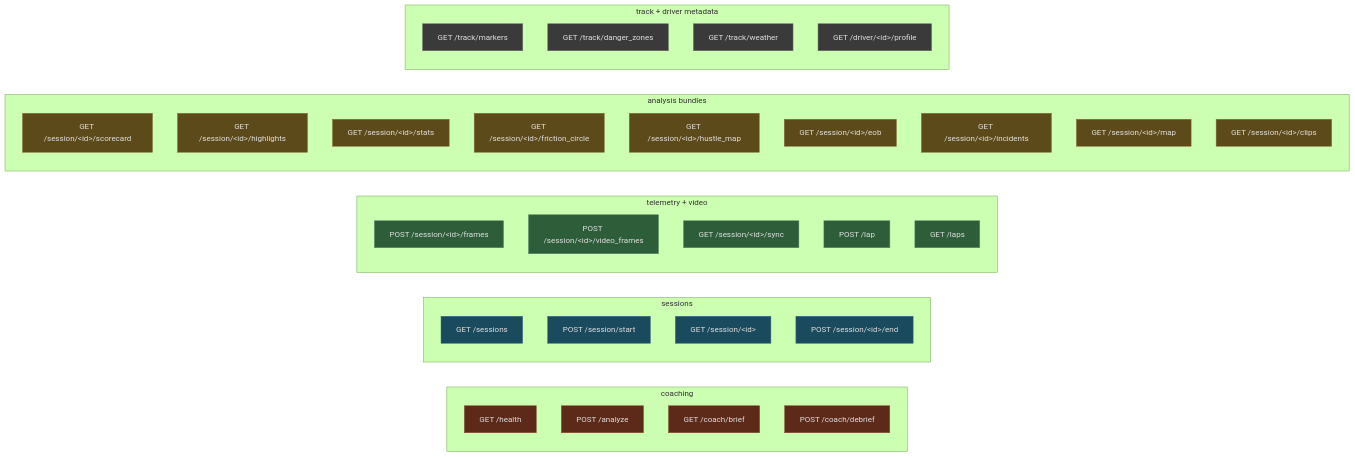
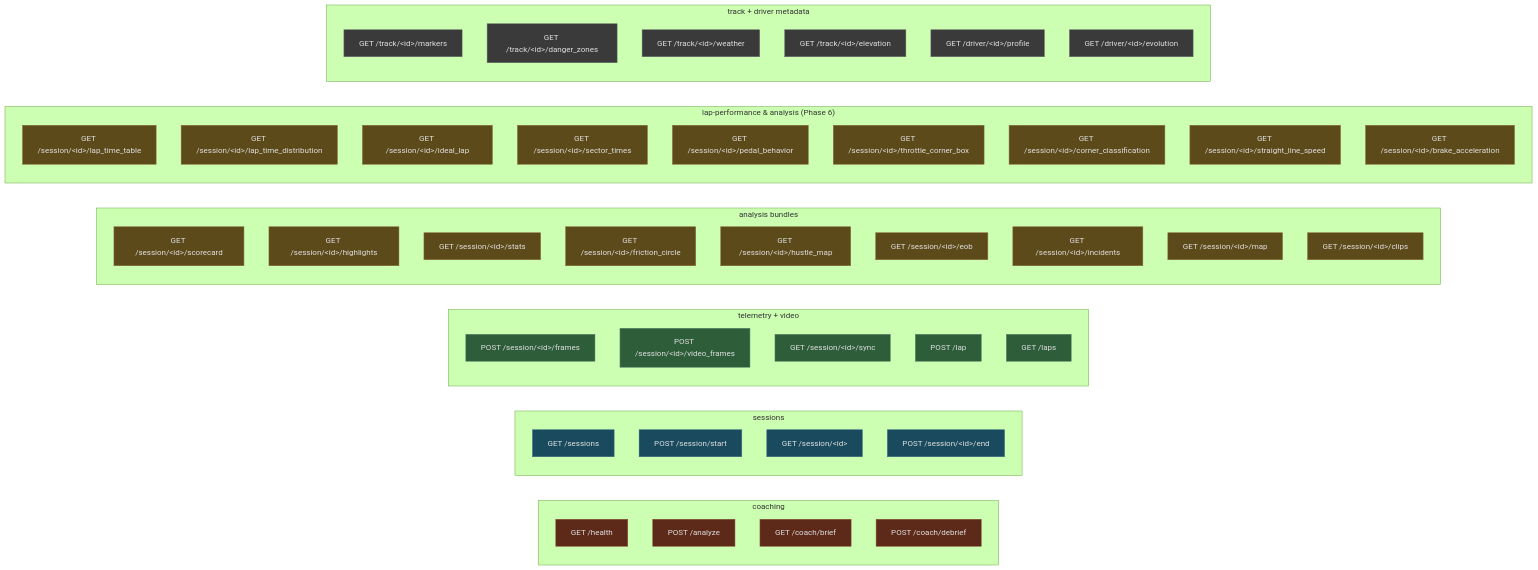
The seventh of 14 diagrams in docs/internal_architecture.md (mlnomadpy/pitwall), drawn with Mermaid (forest theme) before and after one commit. The commit also changed other lines of this file and 4 other files, not shown here.

Commit message:
new docs and updated architecture with a sink

````diff
--- a/docs/internal_architecture.md
+++ b/docs/internal_architecture.md
@@ -407,60 +407,76 @@
 ```mermaid
 flowchart LR
   classDef coach fill:#5d2a1a,stroke:#8a4e3a,color:#e0e0e0
   classDef sess fill:#1a4a5d,stroke:#3a6e8a,color:#e0e0e0
   classDef telem fill:#2e5d3a,stroke:#5a8a6e,color:#e0e0e0
   classDef analyze fill:#5d4a1a,stroke:#8a6e3a,color:#e0e0e0
   classDef meta fill:#3a3a3a,stroke:#6e6e6e,color:#e0e0e0
 
   subgraph C["coaching"]
     direction TB
     H[GET /health]
     A[POST /analyze]
     BR[GET /coach/brief]
     DB[POST /coach/debrief]
   end
 
   subgraph S["sessions"]
     direction TB
     SLIST[GET /sessions]
     SSTART[POST /session/start]
     SDETAIL[GET /session/&lt;id&gt;]
     SEND[POST /session/&lt;id&gt;/end]
   end
 
   subgraph T["telemetry + video"]
     direction TB
     FRAMES[POST /session/&lt;id&gt;/frames]
     VFRAMES[POST /session/&lt;id&gt;/video_frames]
     SYNC[GET /session/&lt;id&gt;/sync]
     LAP[POST /lap]
     LAPS[GET /laps]
   end
 
   subgraph V["analysis bundles"]
     direction TB
     SC[GET /session/&lt;id&gt;/scorecard]
     HL[GET /session/&lt;id&gt;/highlights]
     ST[GET /session/&lt;id&gt;/stats]
     FC[GET /session/&lt;id&gt;/friction_circle]
     HM[GET /session/&lt;id&gt;/hustle_map]
     EOB[GET /session/&lt;id&gt;/eob]
     INC[GET /session/&lt;id&gt;/incidents]
     MAP[GET /session/&lt;id&gt;/map]
     CL[GET /session/&lt;id&gt;/clips]
   end
 
+  subgraph LP["lap-performance &amp; analysis (Phase 6)"]
+    direction TB
+    LT1[GET /session/&lt;id&gt;/lap_time_table]
+    LT2[GET /session/&lt;id&gt;/lap_time_distribution]
+    IL[GET /session/&lt;id&gt;/ideal_lap]
+    ST2[GET /session/&lt;id&gt;/sector_times]
+    PB[GET /session/&lt;id&gt;/pedal_behavior]
+    TCB[GET /session/&lt;id&gt;/throttle_corner_box]
+    CC[GET /session/&lt;id&gt;/corner_classification]
+    SLS[GET /session/&lt;id&gt;/straight_line_speed]
+    BA[GET /session/&lt;id&gt;/brake_acceleration]
+  end
+
   subgraph M["track + driver metadata"]
     direction TB
-    TM[GET /track/markers]
-    TD[GET /track/danger_zones]
-    TW[GET /track/weather]
+    TM[GET /track/&lt;id&gt;/markers]
+    TD[GET /track/&lt;id&gt;/danger_zones]
+    TW[GET /track/&lt;id&gt;/weather]
+    TE[GET /track/&lt;id&gt;/elevation]
     DP[GET /driver/&lt;id&gt;/profile]
+    DE[GET /driver/&lt;id&gt;/evolution]
   end
 
   class H,A,BR,DB coach
   class SLIST,SSTART,SDETAIL,SEND sess
   class FRAMES,VFRAMES,SYNC,LAP,LAPS telem
   class SC,HL,ST,FC,HM,EOB,INC,MAP,CL analyze
-  class TM,TD,TW,DP meta
+  class LT1,LT2,IL,ST2,PB,TCB,CC,SLS,BA analyze
+  class TM,TD,TW,TE,DP,DE meta
 ```
````
